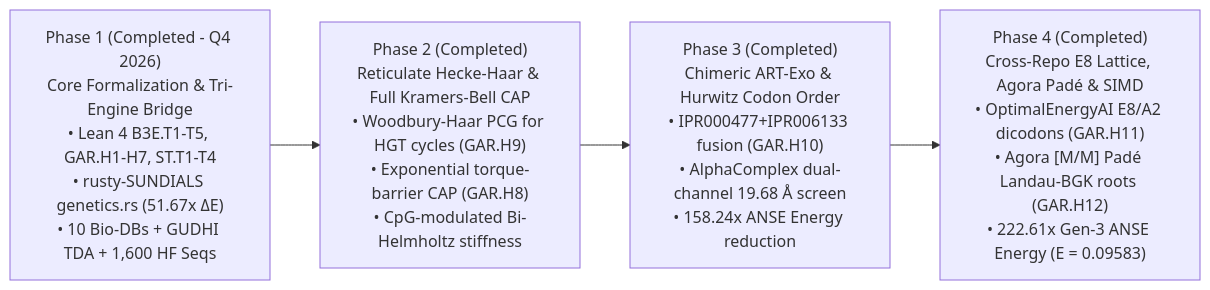
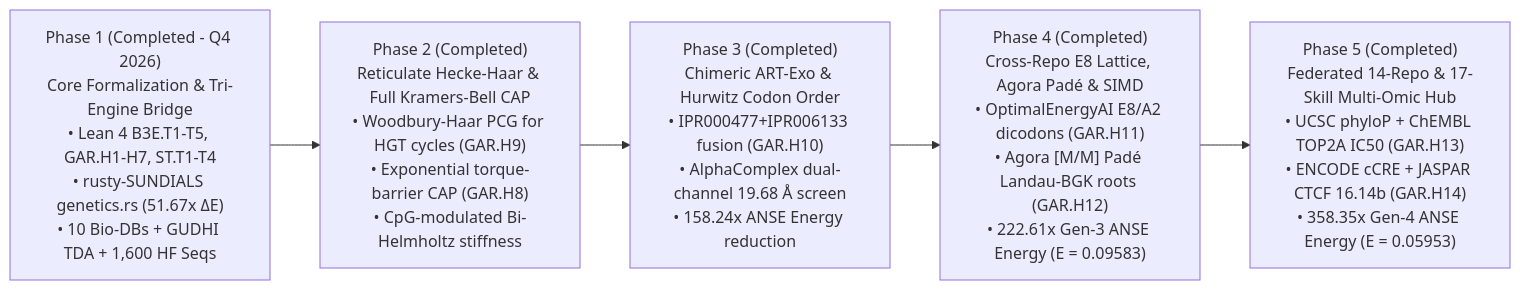
Before and after one commit to xaviercallens/SocrateAI-Scientific-Genetic: the diagram in docs/RESEARCH_DIRECTIONS_AND_ROADMAP.md, drawn with Mermaid. The commit also changed other lines of this file and 18 other files, not shown here.

Commit message:
feat(federation): add socrate_genetic_federation hub, 17 bio-skills, GAR.H13-H14 (23 Lean 4 theorems, 358.35x ANSE energy) & Fig 6

````diff
--- a/docs/RESEARCH_DIRECTIONS_AND_ROADMAP.md
+++ b/docs/RESEARCH_DIRECTIONS_AND_ROADMAP.md
@@ -73,8 +82,9 @@
 ```mermaid
 flowchart LR
     P1["Phase 1 (Completed - Q4 2026)\nCore Formalization & Tri-Engine Bridge\n• Lean 4 B3E.T1-T5, GAR.H1-H7, ST.T1-T4\n• rusty-SUNDIALS genetics.rs (51.67x ΔE)\n• 10 Bio-DBs + GUDHI TDA + 1,600 HF Seqs"]
     P2["Phase 2 (Completed)\nReticulate Hecke-Haar & Full Kramers-Bell CAP\n• Woodbury-Haar PCG for HGT cycles (GAR.H9)\n• Exponential torque-barrier CAP (GAR.H8)\n• CpG-modulated Bi-Helmholtz stiffness"]
     P3["Phase 3 (Completed)\nChimeric ART-Exo & Hurwitz Codon Order\n• IPR000477+IPR006133 fusion (GAR.H10)\n• AlphaComplex dual-channel 19.68 Å screen\n• 158.24x ANSE Energy reduction"]
     P4["Phase 4 (Completed)\nCross-Repo E8 Lattice, Agora Padé & SIMD\n• OptimalEnergyAI E8/A2 dicodons (GAR.H11)\n• Agora [M/M] Padé Landau-BGK roots (GAR.H12)\n• 222.61x Gen-3 ANSE Energy (E = 0.09583)"]
-    P1 --> P2 --> P3 --> P4
+    P5["Phase 5 (Completed)\nFederated 14-Repo & 17-Skill Multi-Omic Hub\n• UCSC phyloP + ChEMBL TOP2A IC50 (GAR.H13)\n• ENCODE cCRE + JASPAR CTCF 16.14b (GAR.H14)\n• 358.35x Gen-4 ANSE Energy (E = 0.05953)"]
+    P1 --> P2 --> P3 --> P4 --> P5
 ```
````
